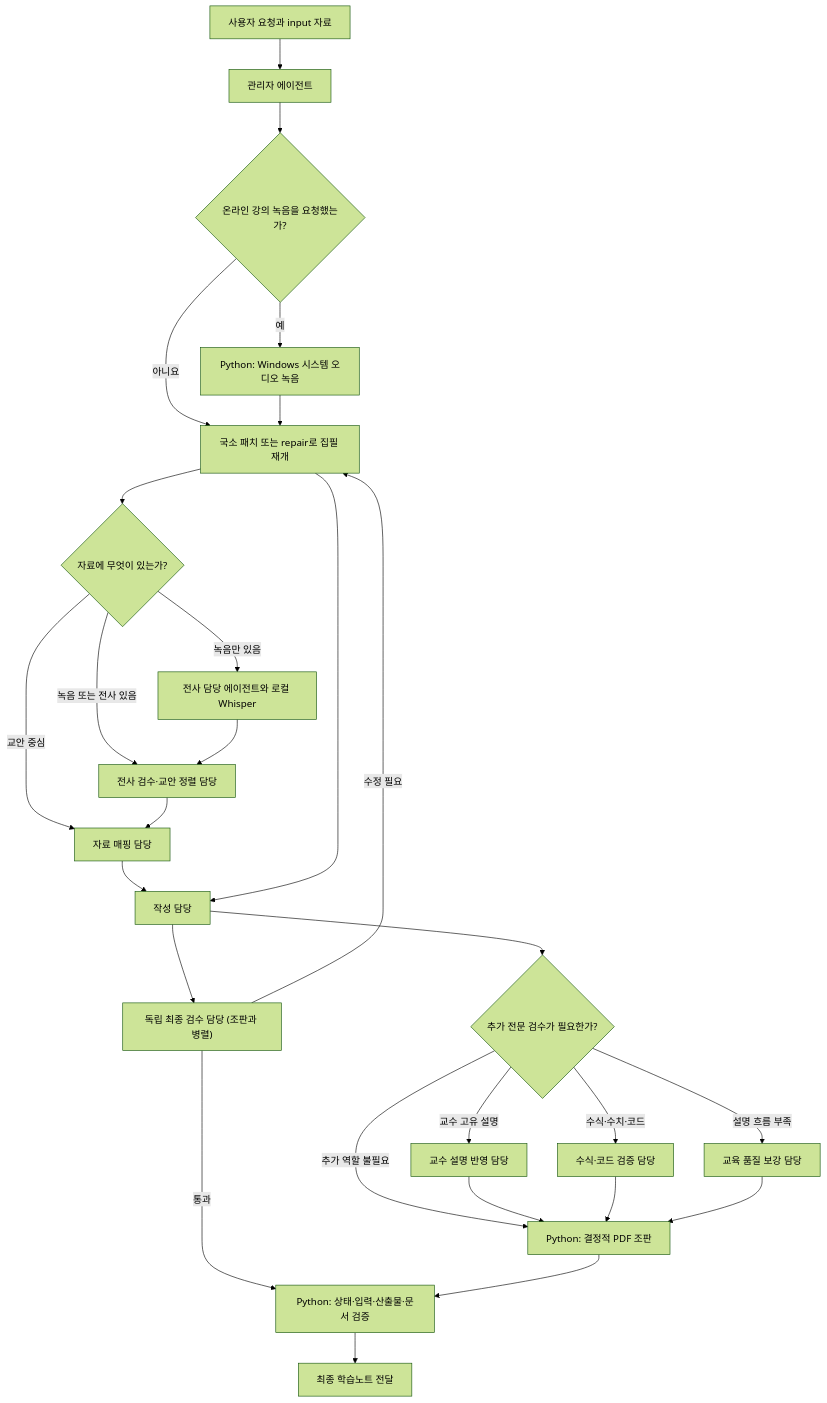
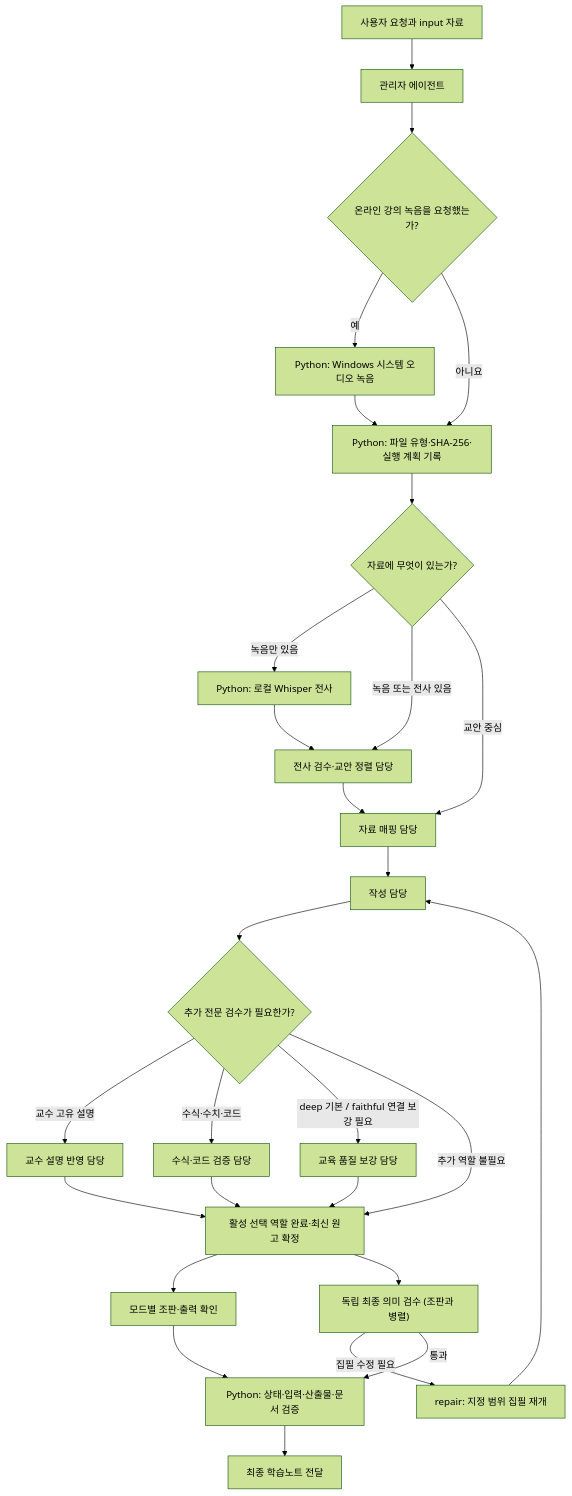
One commit to choconyam/gongbu-haja changed the diagram in README.md. Above: the diagram before and after it, drawn with Mermaid (forest theme). The commit also changed other lines of this file, not shown here.

````diff
--- a/README.md
+++ b/README.md
@@ -217,29 +228,30 @@
 ```mermaid
 flowchart TD
     U["사용자 요청과 input 자료"] --> M["관리자 에이전트"]
     M --> Q{"온라인 강의 녹음을 요청했는가?"}
     Q -->|"예"| G["Python: Windows 시스템 오디오 녹음"]
     Q -->|"아니요"| P["Python: 파일 유형·SHA-256·실행 계획 기록"]
     G --> P
     P --> D{"자료에 무엇이 있는가?"}
-    D -->|"녹음만 있음"| T["전사 담당 에이전트와 로컬 Whisper"]
+    D -->|"녹음만 있음"| T["Python: 로컬 Whisper 전사"]
     D -->|"녹음 또는 전사 있음"| A["전사 검수·교안 정렬 담당"]
     D -->|"교안 중심"| S["자료 매핑 담당"]
     T --> A
     A --> S
     S --> W["작성 담당"]
-    W --> R["독립 최종 검수 담당 (조판과 병렬)"]
     W --> C{"추가 전문 검수가 필요한가?"}
     C -->|"교수 고유 설명"| I["교수 설명 반영 담당"]
     C -->|"수식·수치·코드"| F["수식·코드 검증 담당"]
-    C -->|"설명 흐름 부족"| E["교육 품질 보강 담당"]
-    C -->|"추가 역할 불필요"| L["Python: 결정적 PDF 조판"]
-    I --> L
-    F --> L
-    E --> L
-    R -->|"수정 필요"| P["국소 패치 또는 repair로 집필 재개"]
-    P --> W
+    C -->|"deep 기본 / faithful 연결 보강 필요"| E["교육 품질 보강 담당"]
+    C -->|"추가 역할 불필요"| B["활성 선택 역할 완료·최신 원고 확정"]
+    I --> B
+    F --> B
+    E --> B
+    B --> L["모드별 조판·출력 확인"]
+    B --> R["독립 최종 의미 검수 (조판과 병렬)"]
+    R -->|"집필 수정 필요"| X["repair: 지정 범위 집필 재개"]
+    X --> W
     R -->|"통과"| V["Python: 상태·입력·산출물·문서 검증"]
     L --> V
     V --> O["최종 학습노트 전달"]
 ```
````
